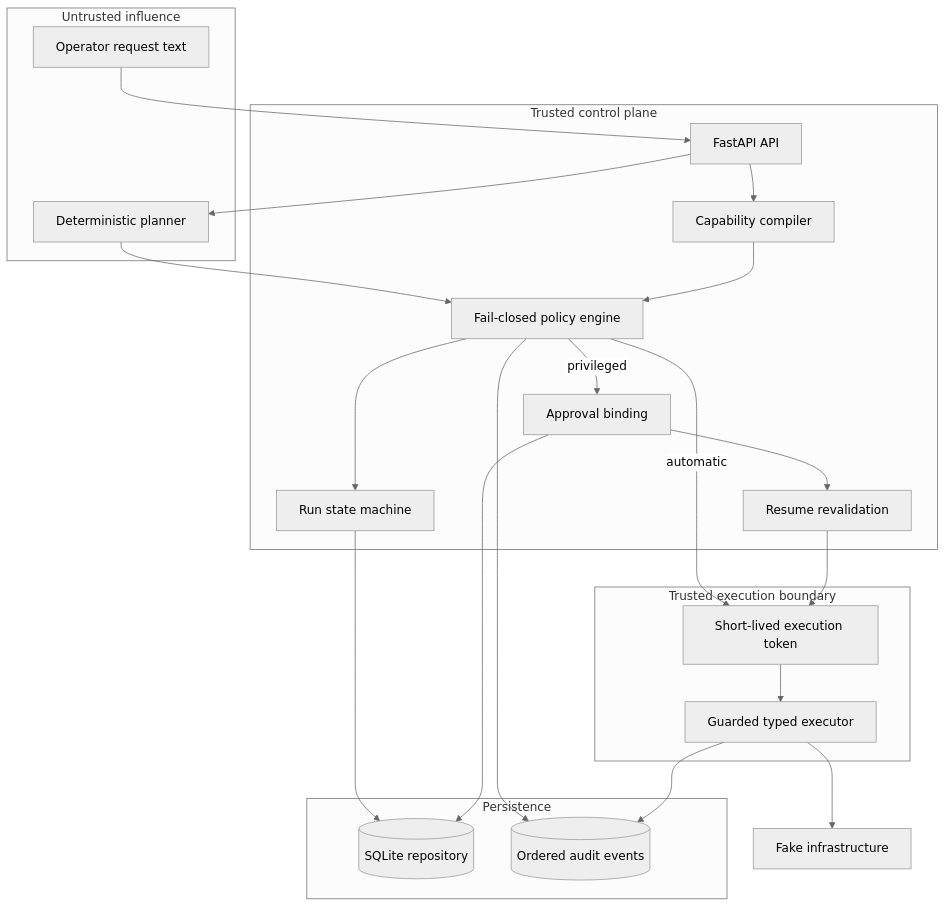
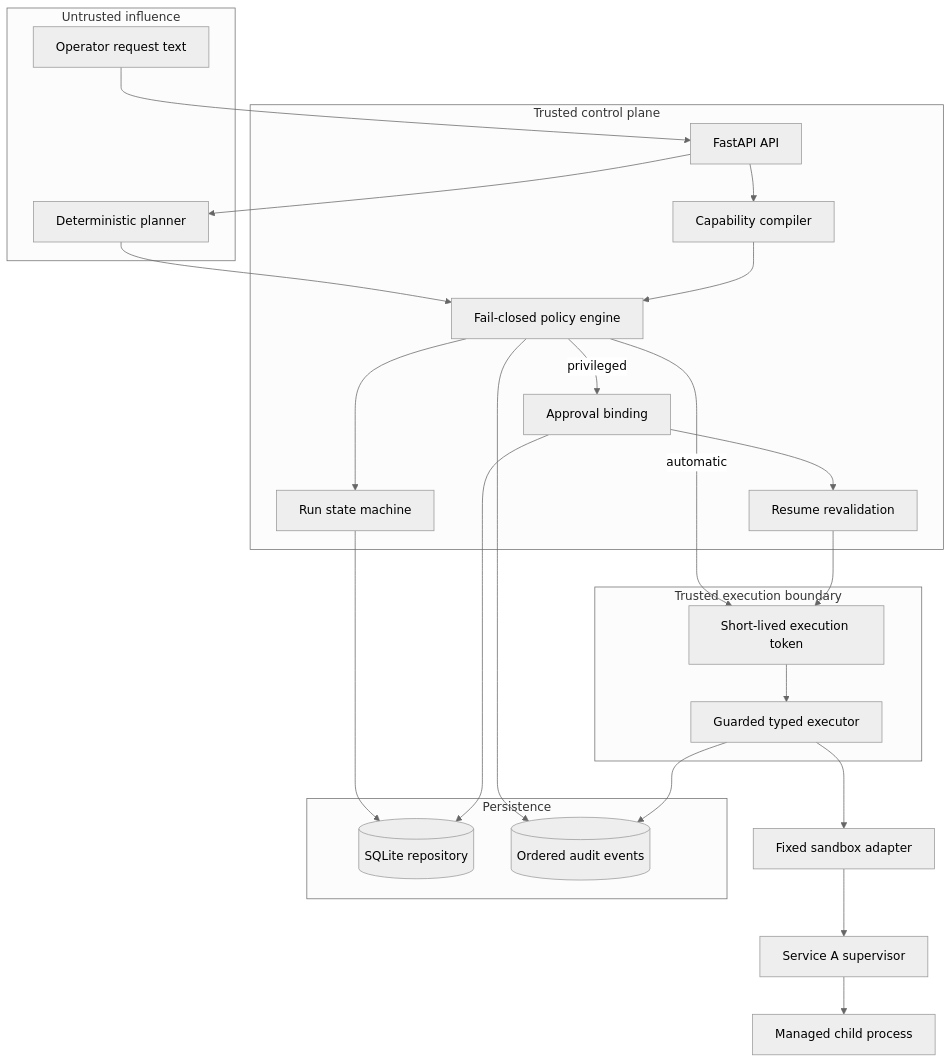
Before and after one commit to herefindalex/guarded-agent-runner: the first of 3 diagrams in ARCHITECTURE.md, drawn with Mermaid (neutral theme). The commit also changed other lines of this file and 8 other files, not shown here.

Commit message:
docs: document GAR architecture evidence and release gates

````diff
--- a/ARCHITECTURE.md
+++ b/ARCHITECTURE.md
@@ -18,43 +77,45 @@
 ```mermaid
 flowchart TB
     subgraph Untrusted[Untrusted influence]
         Request[Operator request text]
         Planner[Deterministic planner]
     end
 
     subgraph Control[Trusted control plane]
         API[FastAPI API]
         Compiler[Capability compiler]
         Policy[Fail-closed policy engine]
         State[Run state machine]
         Approval[Approval binding]
         Revalidation[Resume revalidation]
     end
 
     subgraph Execution[Trusted execution boundary]
         Executor[Guarded typed executor]
         Token[Short-lived execution token]
     end
 
     subgraph Data[Persistence]
         Repository[(SQLite repository)]
         Audit[(Ordered audit events)]
     end
 
     Request --> API
     API --> Planner
     API --> Compiler
     Planner --> Policy
     Compiler --> Policy
     Policy --> State
     Policy -->|automatic| Token
     Policy -->|privileged| Approval
     Approval --> Revalidation
     Revalidation --> Token
     Token --> Executor
-    Executor --> Fake[Fake infrastructure]
+    Executor --> Adapter[Fixed sandbox adapter]
+    Adapter --> Supervisor[Service A supervisor]
+    Supervisor --> Child[Managed child process]
     State --> Repository
     Approval --> Repository
     Policy --> Audit
     Executor --> Audit
 ```
````
